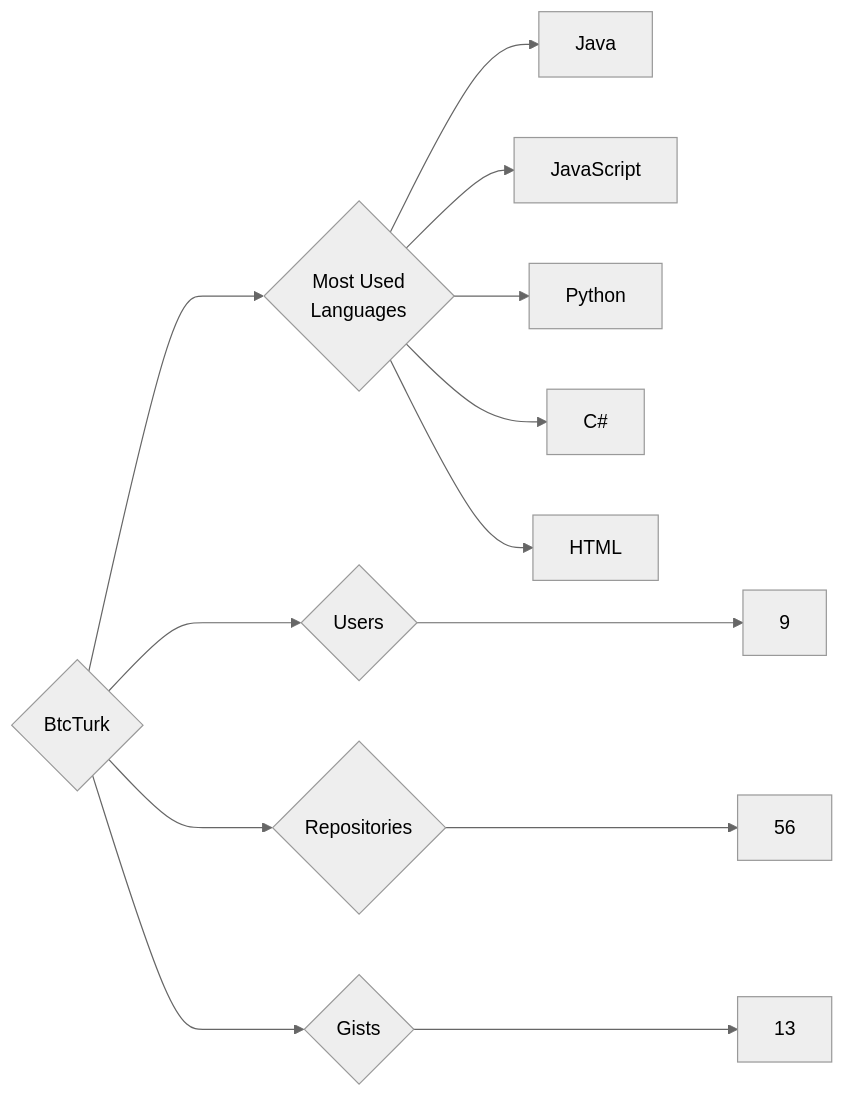
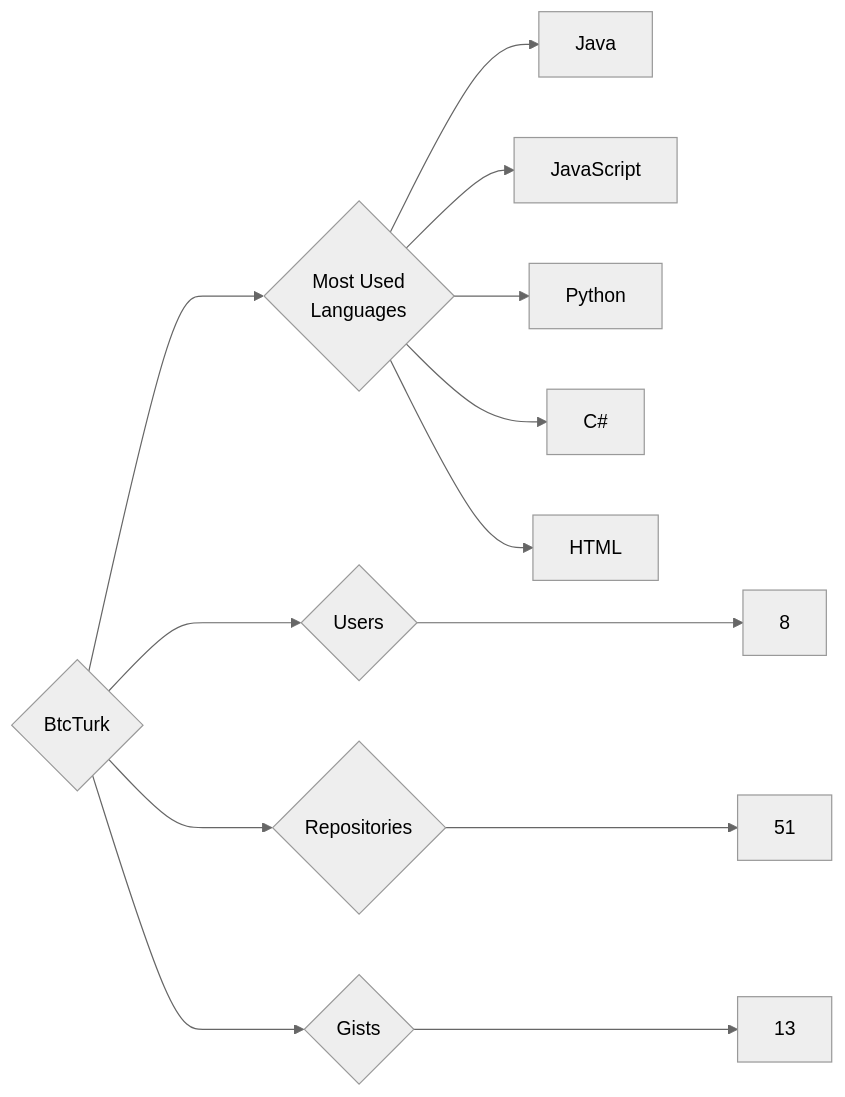
Before and after one commit to trickest/insiders: the diagram in targets/BtcTurk/README.md, drawn with Mermaid (neutral theme). The commit also changed 933 other files, not shown here.

````diff
--- a/targets/BtcTurk/README.md
+++ b/targets/BtcTurk/README.md
@@ -3,13 +3,13 @@
 ```mermaid
 graph LR
 COMPANY_NAME{BtcTurk}
-COMPANY_NAME ---> U{Users} ---> UN[9]
-COMPANY_NAME ---> R{Repositories} ---> RN[56]
+COMPANY_NAME ---> U{Users} ---> UN[8]
+COMPANY_NAME ---> R{Repositories} ---> RN[51]
 COMPANY_NAME ---> G{Gists} ---> GN[13]
 COMPANY_NAME ---> ML{Most Used<br>Languages}
 ML --> Java[Java]
 ML --> JavaScript[JavaScript]
 ML --> Python[Python]
 ML --> C#[C#]
 ML --> HTML[HTML]
 ```
````
